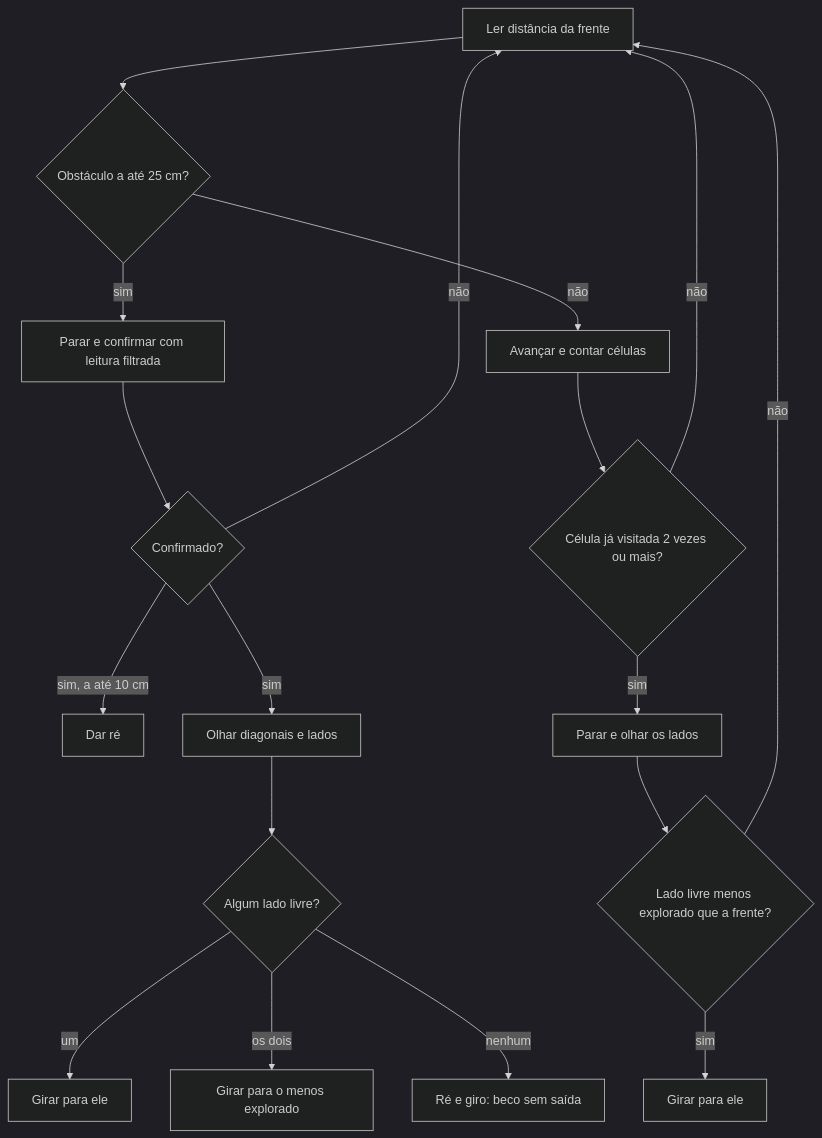
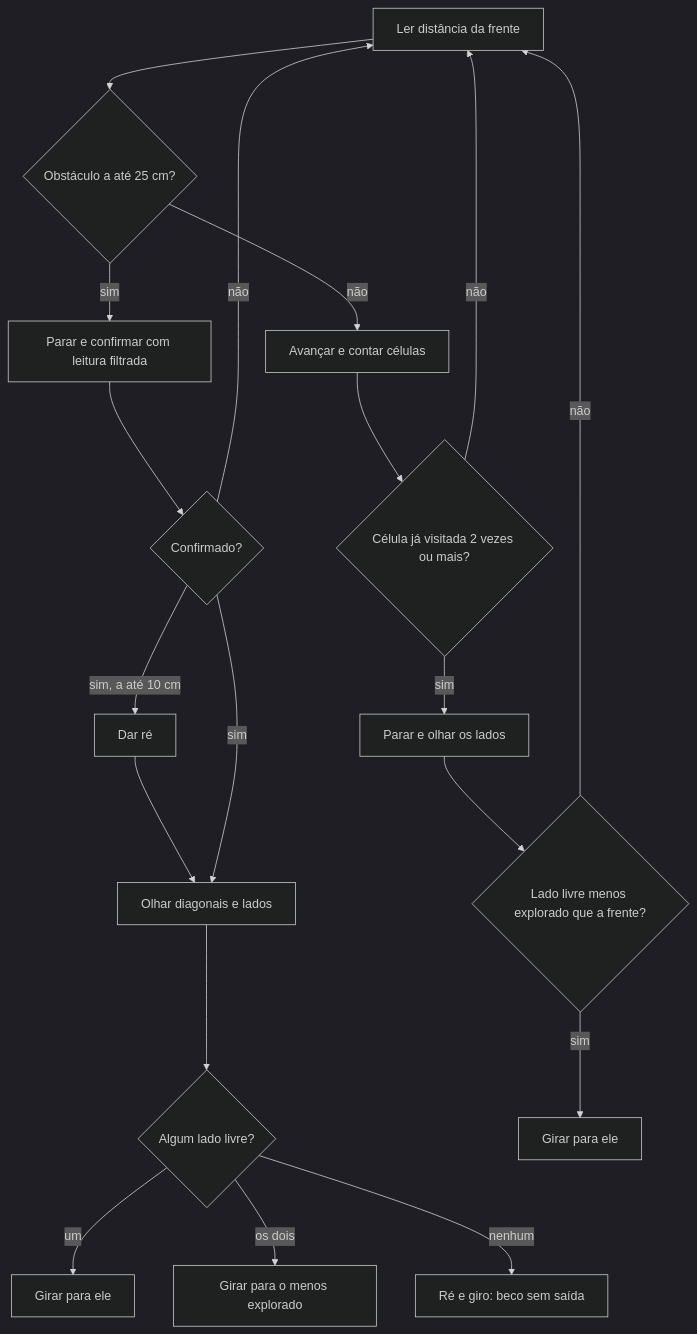
The second of 2 diagrams in DOCUMENTACAO_TECNICA.md (vitoria-ribas/megatron), drawn with Mermaid (dark theme) before and after one commit. The commit also changed 2 other files, not shown here.

Commit message:
fix: varre os lados depois da ré em vez de girar às cegas
Com o obstáculo a até 10 cm, o robô só recuava e saía da análise, então o servo
não girava e, após duas rés, ele virava sem olhar. Agora recua, varre os lados e
escolhe a direção; depois da ré não volta a seguir em frente.

````diff
--- a/DOCUMENTACAO_TECNICA.md
+++ b/DOCUMENTACAO_TECNICA.md
@@ -37,20 +37,21 @@
 ```mermaid
 flowchart TD
     A[Ler distância da frente] --> B{Obstáculo a até 25 cm?}
     B -- sim --> C[Parar e confirmar com leitura filtrada]
     C --> D{Confirmado?}
     D -- não --> A
     D -- sim, a até 10 cm --> R[Dar ré]
+    R --> E
     D -- sim --> E[Olhar diagonais e lados]
     E --> F{Algum lado livre?}
     F -- um --> G[Girar para ele]
     F -- os dois --> H[Girar para o menos explorado]
     F -- nenhum --> I[Ré e giro: beco sem saída]
     B -- não --> J[Avançar e contar células]
     J --> K{Célula já visitada 2 vezes ou mais?}
     K -- não --> A
     K -- sim --> L[Parar e olhar os lados]
     L --> M{Lado livre menos explorado que a frente?}
     M -- sim --> N[Girar para ele]
     M -- não --> A
 ```
````
